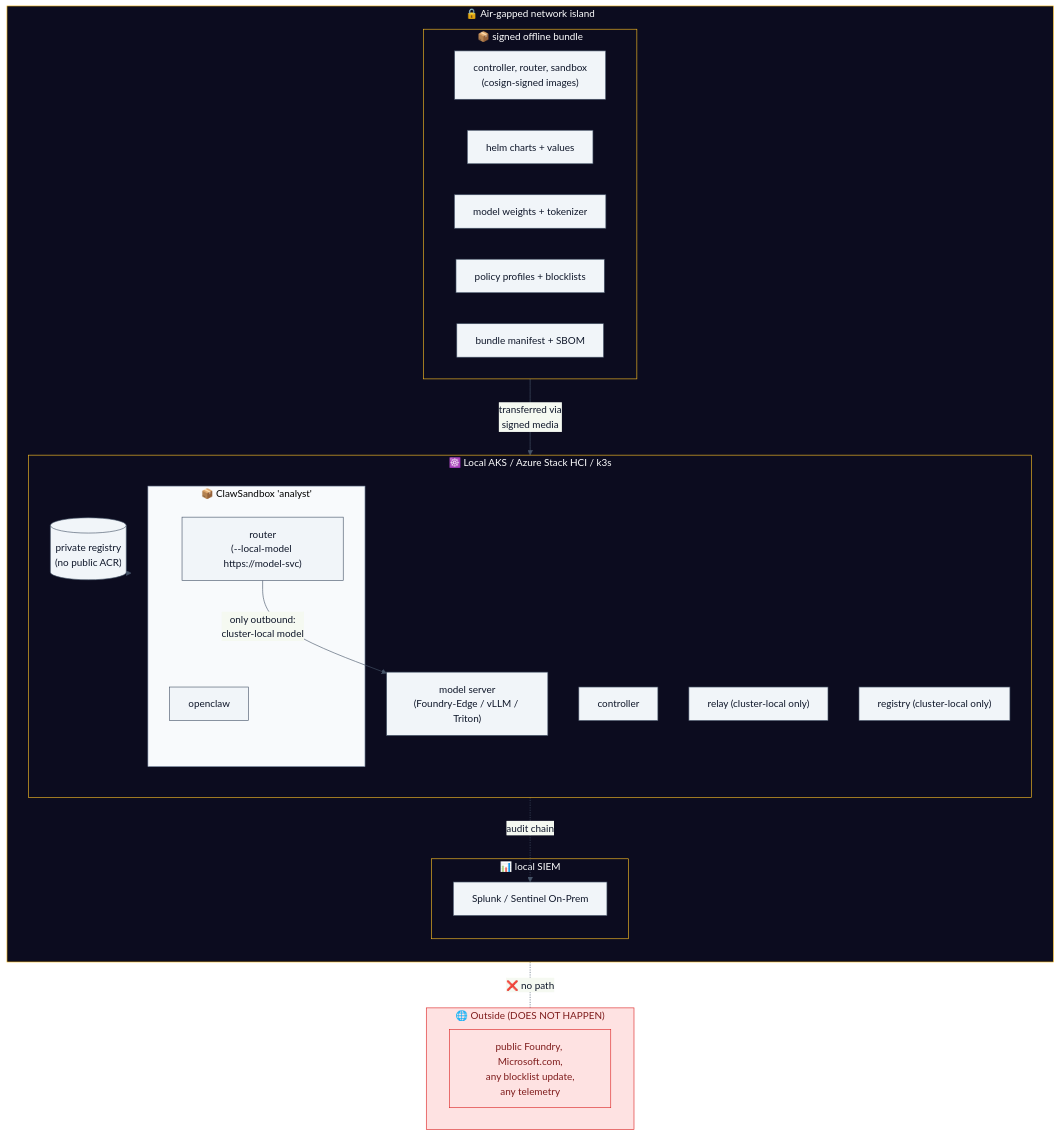
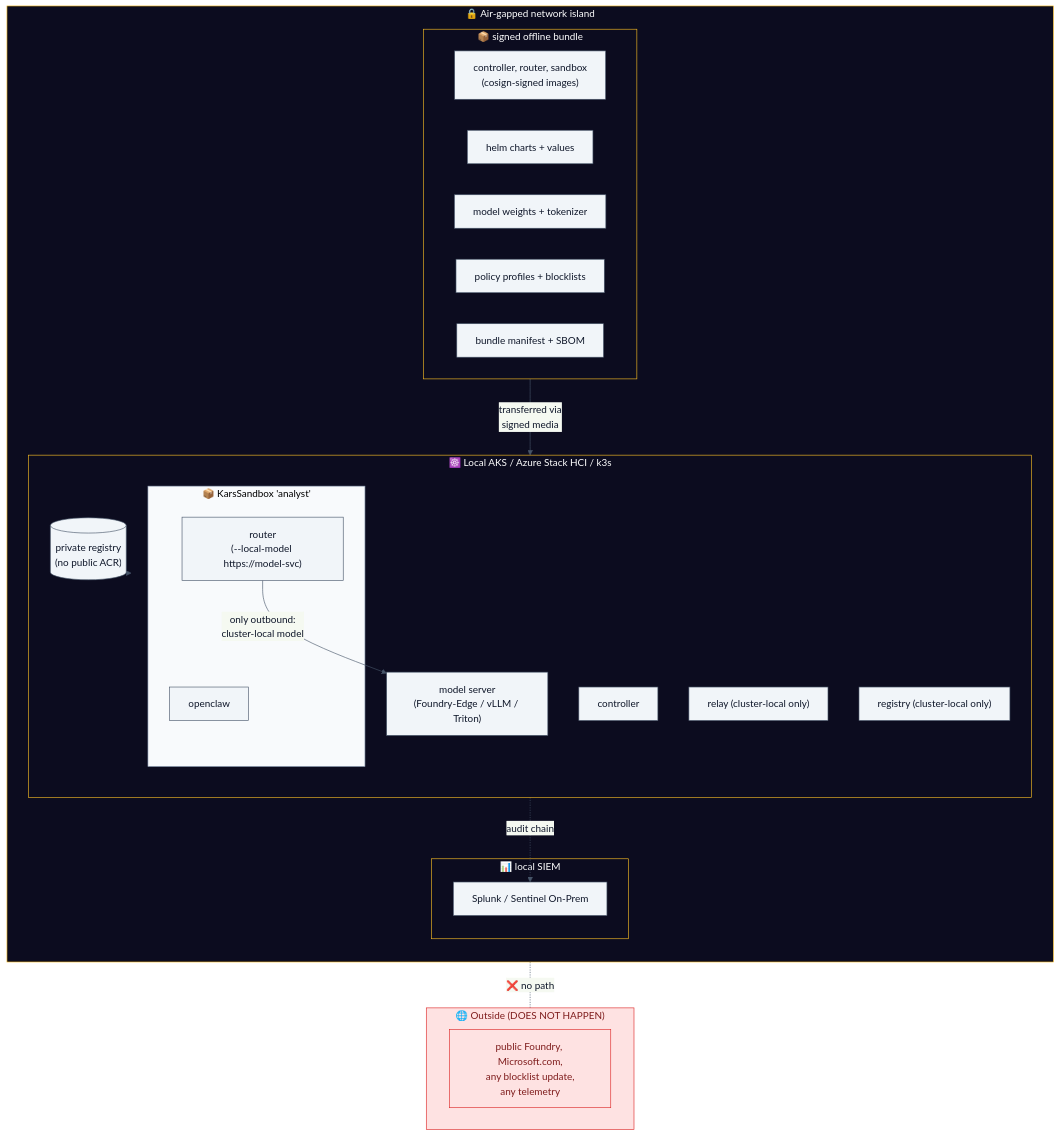
Before and after one commit to lachie83/kars: the first of 3 diagrams in docs/blueprints/05-sovereign-airgapped.md, drawn with Mermaid. The commit also changed other lines of this file and 694 other files, not shown here.

````diff
--- a/docs/blueprints/05-sovereign-airgapped.md
+++ b/docs/blueprints/05-sovereign-airgapped.md
@@ -16,50 +16,50 @@
 ```mermaid
 %%{init: {'theme':'base','themeVariables':{'primaryColor':'#f1f5f9','primaryBorderColor':'#475569','primaryTextColor':'#0f172a','lineColor':'#475569','clusterBkg':'#f8fafc','clusterBorder':'#94a3b8','fontFamily':'-apple-system, BlinkMacSystemFont, Segoe UI, sans-serif'}}}%%
 flowchart TB
   subgraph AirGap["🔒 Air-gapped network island"]
     direction TB
 
     subgraph Bundle["📦 signed offline bundle"]
       Imgs["controller, router, sandbox<br/>(cosign-signed images)"]
       Helm["helm charts + values"]
       Mdl["model weights + tokenizer"]
       Pol["policy profiles + blocklists"]
       Doc["bundle manifest + SBOM"]
     end
 
     subgraph AKS["☸️ Local AKS / Azure Stack HCI / k3s"]
       direction TB
       Reg2[("private registry<br/>(no public ACR)")]
       Ctrl["controller"]
       RlyL["relay (cluster-local only)"]
       RegL["registry (cluster-local only)"]
       Mdlsvc["model server<br/>(Foundry-Edge / vLLM / Triton)"]
 
-      subgraph SBX["📦 ClawSandbox 'analyst'"]
+      subgraph SBX["📦 KarsSandbox 'analyst'"]
         OC["openclaw"]
         IR["router<br/>(--local-model https://model-svc)"]
       end
     end
 
     subgraph SIEM["📊 local SIEM"]
       Splunk["Splunk / Sentinel On-Prem"]
     end
 
     Bundle -->|"transferred via<br/>signed media"| Reg2
     Reg2 --> AKS
 
     IR -->|"only outbound:<br/>cluster-local model"| Mdlsvc
     IR -.->|"audit chain"| Splunk
   end
 
   subgraph Outside["🌐 Outside (DOES NOT HAPPEN)"]
     Public["public Foundry, Microsoft.com,<br/>any blocklist update,<br/>any telemetry"]
   end
 
   AirGap -. "❌ no path"  .- Outside
 
   classDef gap fill:#0c0c1f,stroke:#fbbf24,color:#fff;
   classDef out fill:#fee2e2,stroke:#dc2626,color:#7f1d1d;
   class AirGap,AKS,Bundle,SIEM gap;
   class Outside,Public out;
 ```
````
